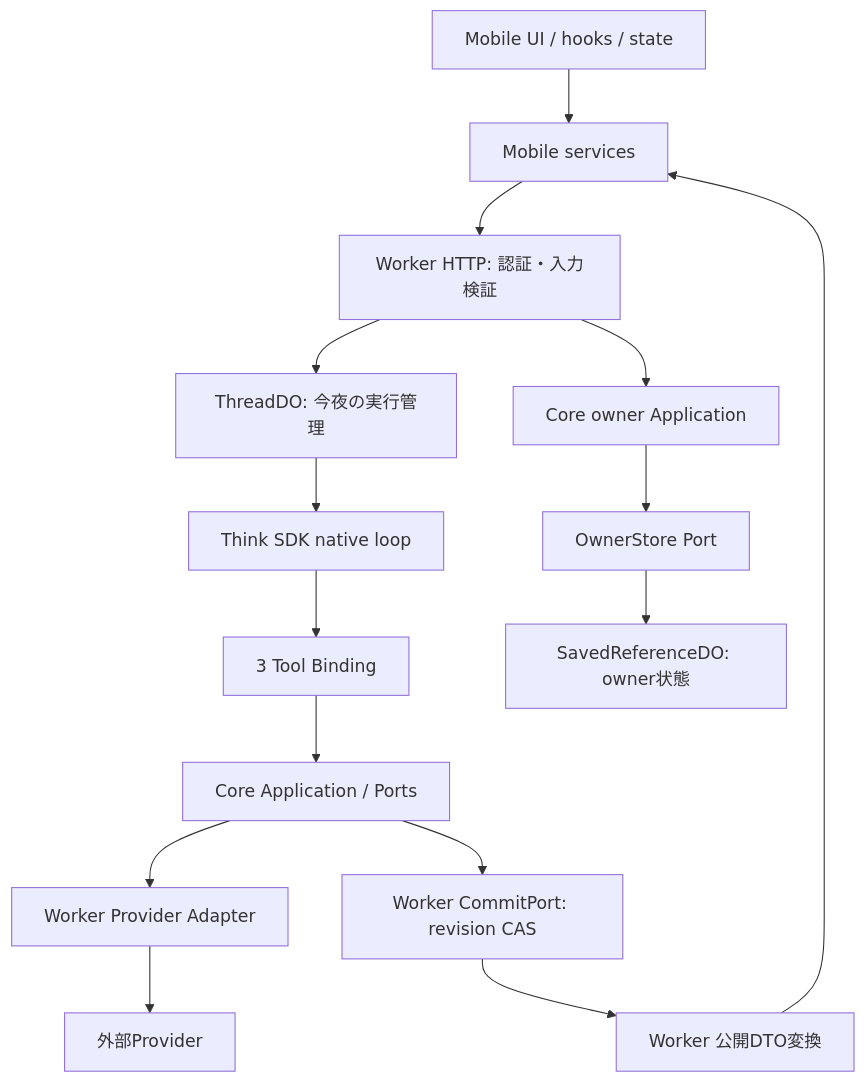
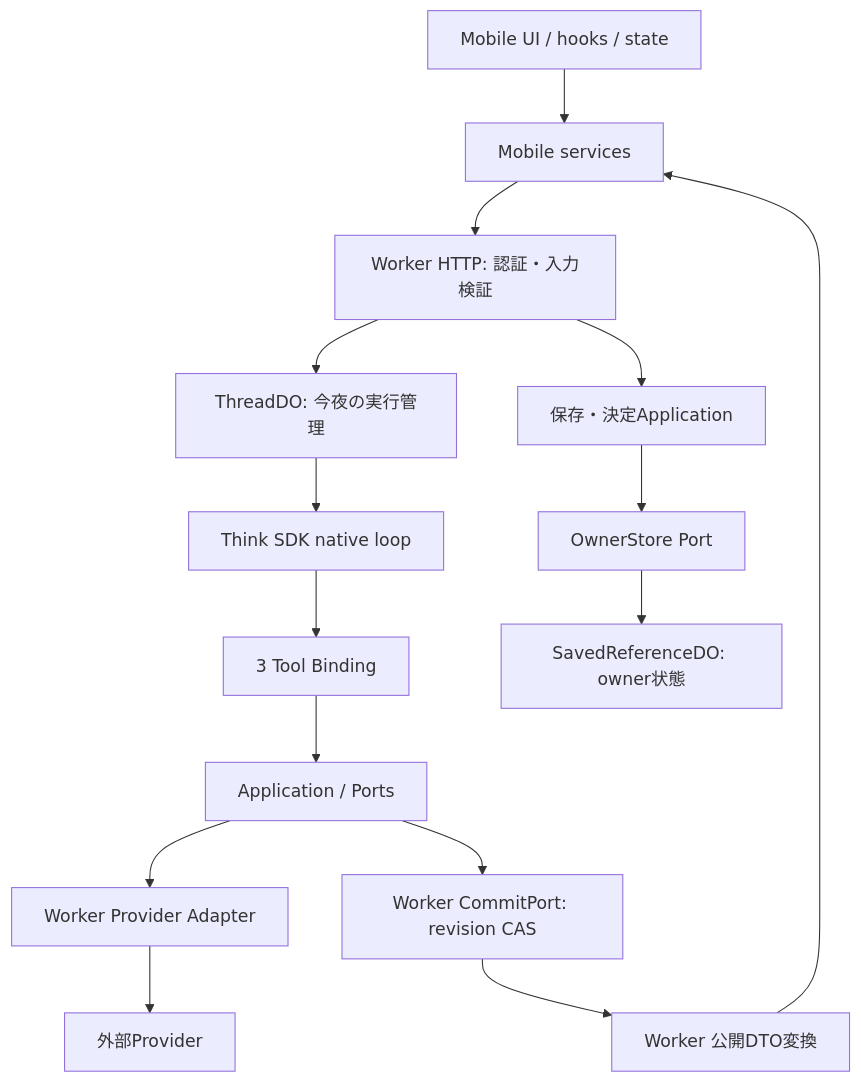
The second of 2 diagrams in docs/architecture.md (takapom/ima-app), drawn with Mermaid before and after one commit. The commit also changed other lines of this file and 905 other files, not shown here.

````diff
--- a/docs/architecture.md
+++ b/docs/architecture.md
@@ -88,17 +89,17 @@
 ```mermaid
 flowchart TD
   UI[Mobile UI / hooks / state] --> Service[Mobile services]
   Service --> HTTP[Worker HTTP: 認証・入力検証]
   HTTP --> Thread[ThreadDO: 今夜の実行管理]
   Thread --> Think[Think SDK native loop]
   Think --> Tools[3 Tool Binding]
-  Tools --> App[Core Application / Ports]
+  Tools --> App[Application / Ports]
   App --> Adapter[Worker Provider Adapter]
   Adapter --> Provider[外部Provider]
   App --> Commit[Worker CommitPort: revision CAS]
   Commit --> DTO[Worker 公開DTO変換]
   DTO --> Service
-  HTTP --> OwnerApp[Core owner Application]
+  HTTP --> OwnerApp[保存・決定Application]
   OwnerApp --> Port[OwnerStore Port]
   Port --> Store[SavedReferenceDO: owner状態]
 ```
````
